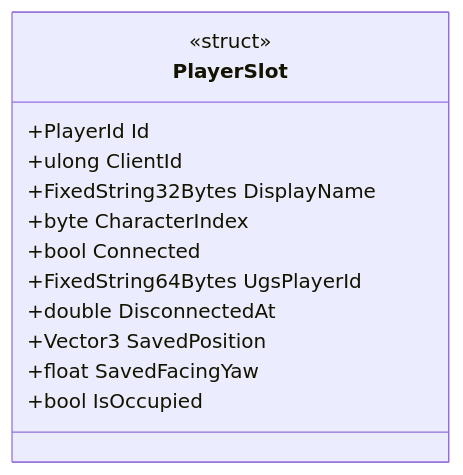
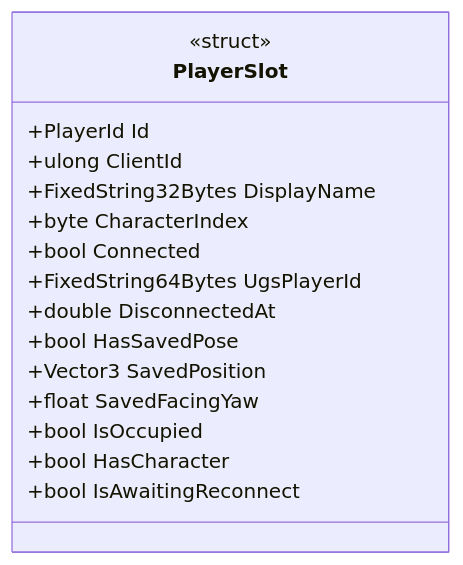
The diagram in Docs/Arquitectura/Clases/Networking/PlayerSlot.md (Chacashi/Alien-Farms), drawn with Mermaid before and after one commit. The commit also changed other lines of this file and 257 other files, not shown here.

````diff
--- a/Docs/Arquitectura/Clases/Networking/PlayerSlot.md
+++ b/Docs/Arquitectura/Clases/Networking/PlayerSlot.md
@@ -15,18 +15,21 @@
 ```mermaid
 classDiagram
   direction LR
   class PlayerSlot {
     <<struct>>
     +PlayerId Id
     +ulong ClientId
     +FixedString32Bytes DisplayName
     +byte CharacterIndex
     +bool Connected
     +FixedString64Bytes UgsPlayerId
     +double DisconnectedAt
+    +bool HasSavedPose
     +Vector3 SavedPosition
     +float SavedFacingYaw
     +bool IsOccupied
+    +bool HasCharacter
+    +bool IsAwaitingReconnect
   }
   classDef external fill:#eee,stroke:#999,stroke-dasharray: 4 3,color:#555
 ```
````
